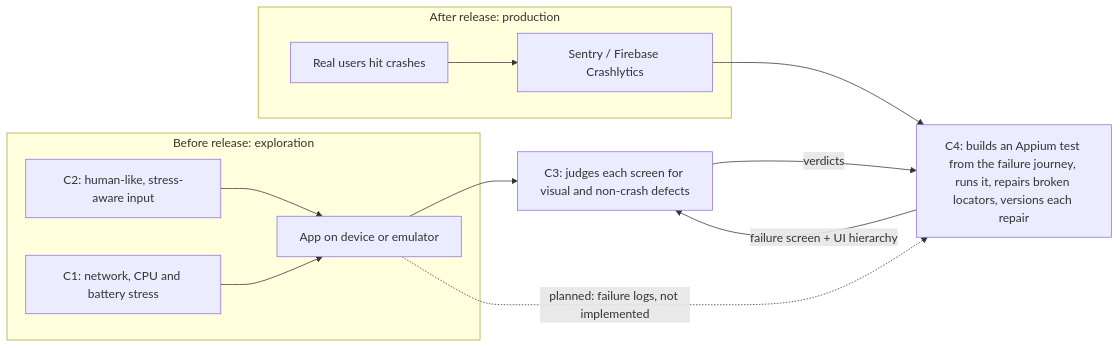
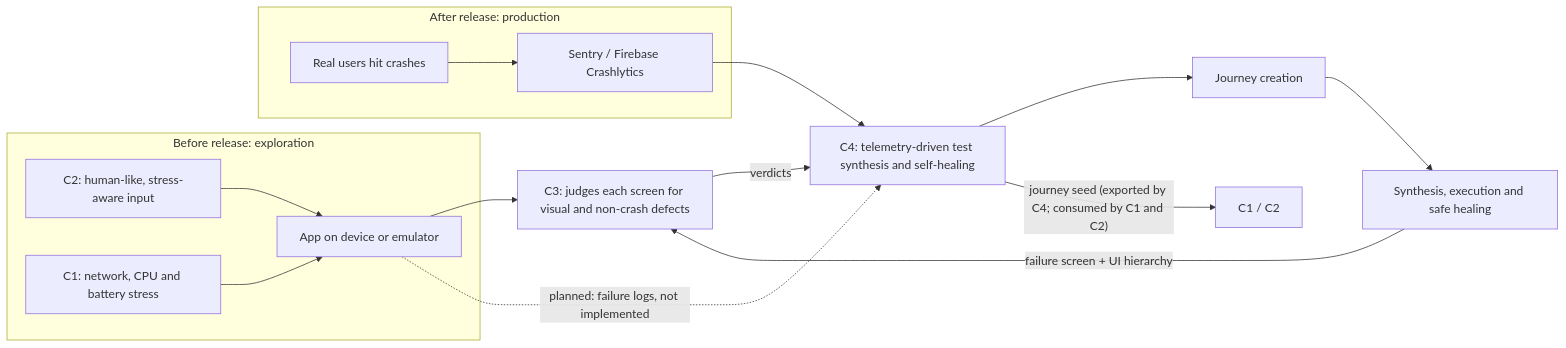
The first of 2 diagrams in component4/README.md (luqmanbooso/J26-SE-334), drawn with Mermaid before and after one commit. The commit also changed other lines of this file and 1 other file, not shown here.

````diff
--- a/component4/README.md
+++ b/component4/README.md
@@ -12,20 +12,23 @@
 ```mermaid
 flowchart LR
   subgraph PRE["Before release: exploration"]
     C2["C2: human-like, stress-aware input"]
     C1["C1: network, CPU and battery stress"]
     APP["App on device or emulator"]
     C2 --> APP
     C1 --> APP
   end
   subgraph POST["After release: production"]
     USERS["Real users hit crashes"]
     TEL["Sentry / Firebase Crashlytics"]
     USERS --> TEL
   end
   APP --> C3["C3: judges each screen for visual and non-crash defects"]
-  C3 -->|"verdicts"| C4["C4: builds an Appium test from the failure journey, runs it, repairs broken locators, versions each repair"]
+  C3 -->|"verdicts"| C4["C4: telemetry-driven test synthesis and self-healing"]
   TEL --> C4
-  C4 -->|"failure screen + UI hierarchy"| C3
+  C4 --> JC["Journey creation"]
+  JC --> SYN["Synthesis, execution and safe healing"]
+  SYN -->|"failure screen + UI hierarchy"| C3
+  C4 -->|"journey seed (exported by C4; consumed by C1 and C2)"| C1C2["C1 / C2"]
   APP -. "planned: failure logs, not implemented" .-> C4
 ```
````
